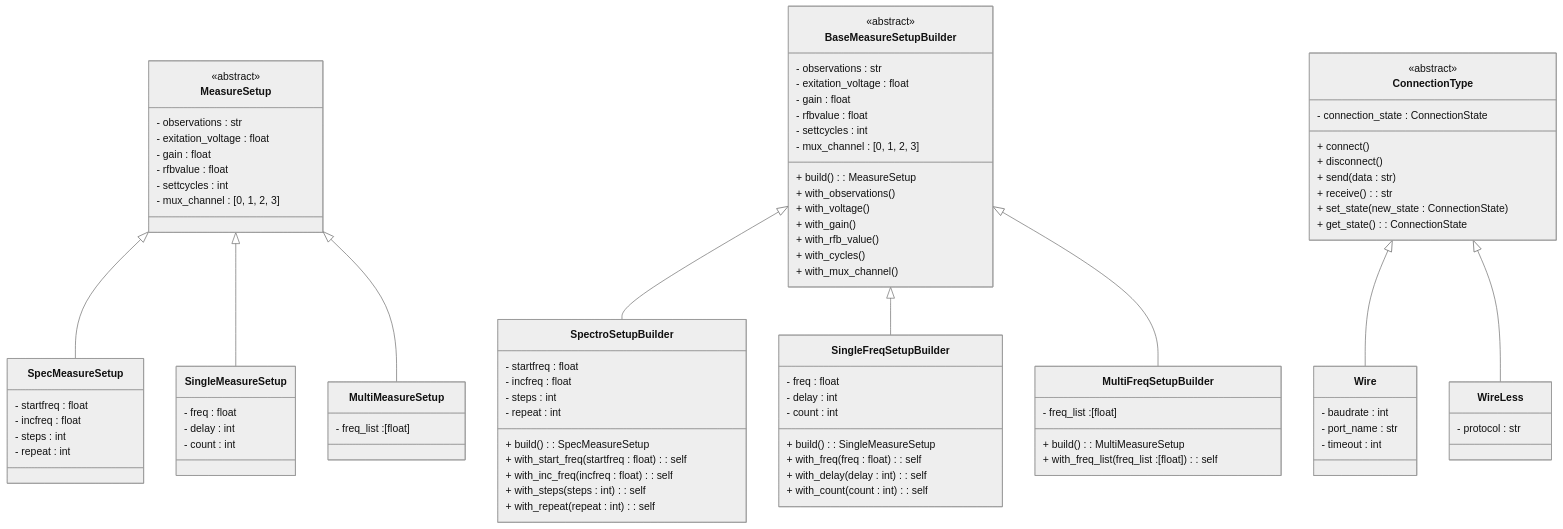
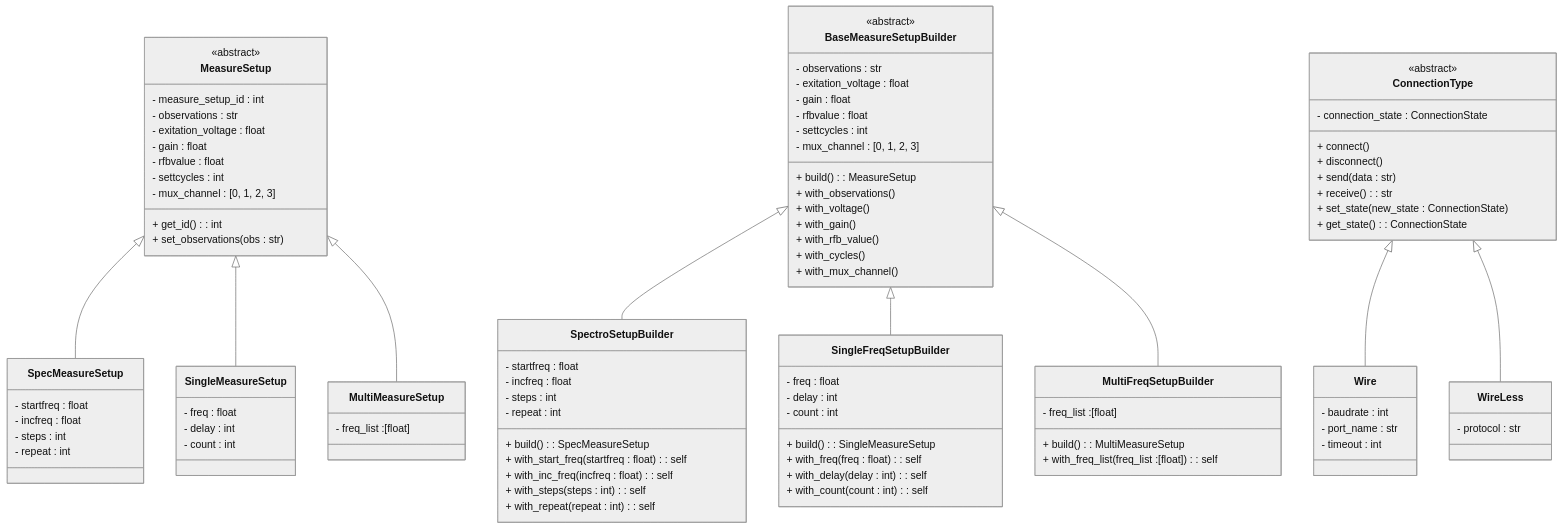
Diagram 13 of 33 in Gmini-MarkDown/Guanaco Mini.md (alegrelias/Repo-GMini), drawn with Mermaid (neutral theme) before and after one commit. The commit also changed other lines of this file, not shown here.

```diff
--- a/Gmini-MarkDown/Guanaco Mini.md
+++ b/Gmini-MarkDown/Guanaco Mini.md
@@ -1496,12 +1214,19 @@
 
 class MeasureSetup {
 	<<abstract>>
+	- measure_setup_id : int
 	- observations : str
 	- exitation_voltage : float
 	- gain : float
 	- rfbvalue : float
 	- settcycles : int
 	- mux_channel : [0, 1, 2, 3]
+	  
+	%% getters
+	+ get_id() : int
+	
+	%% setters
+	+ set_observations(obs : str)
 }
 class SpecMeasureSetup{
 	- startfreq : float
```
